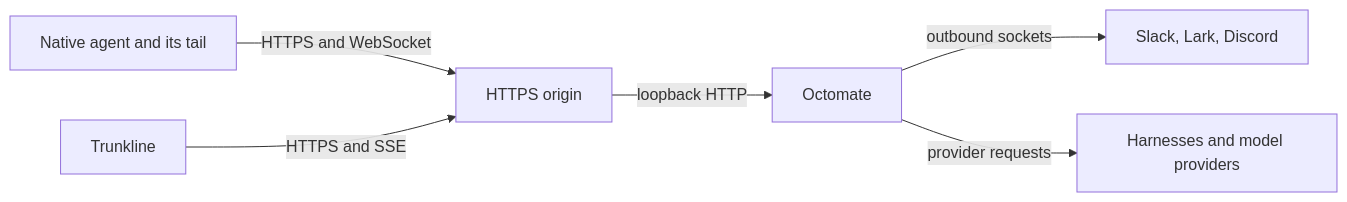
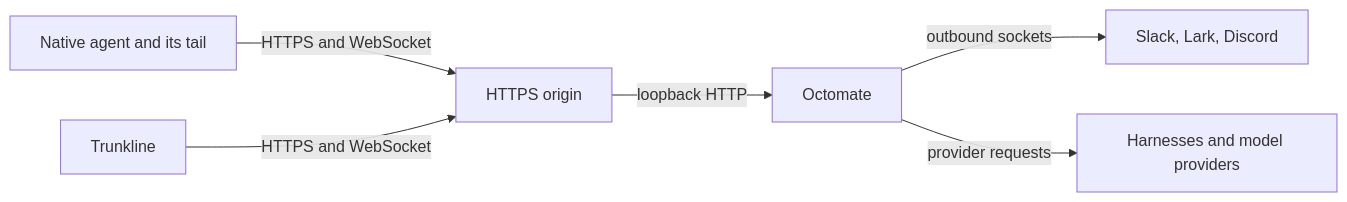
Before and after one commit to kalynnka/octomate: the diagram in docs/installation/networking.md, drawn with Mermaid. The commit also changed other lines of this file and 16 other files, not shown here.

First line of the commit message:
docs(nerve): describe a graph that publishes and channels that draw

````diff
--- a/docs/installation/networking.md
+++ b/docs/installation/networking.md
@@ -15,8 +15,8 @@
 ```mermaid
 flowchart LR
     Native[Native agent and its tail] -->|HTTPS and WebSocket| Origin[HTTPS origin]
-    Browser[Trunkline] -->|HTTPS and SSE| Origin
+    Browser[Trunkline] -->|HTTPS and WebSocket| Origin
     Origin -->|loopback HTTP| Server[Octomate]
     Server -->|outbound sockets| Platforms[Slack, Lark, Discord]
     Server -->|provider requests| Models[Harnesses and model providers]
 ```
````
